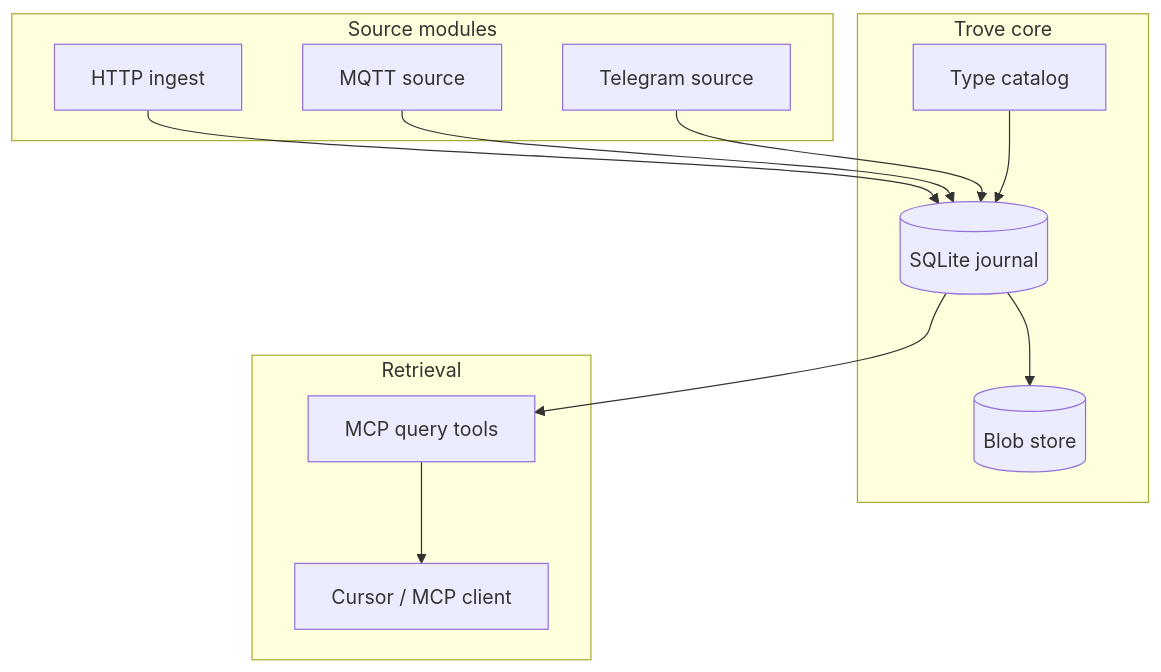
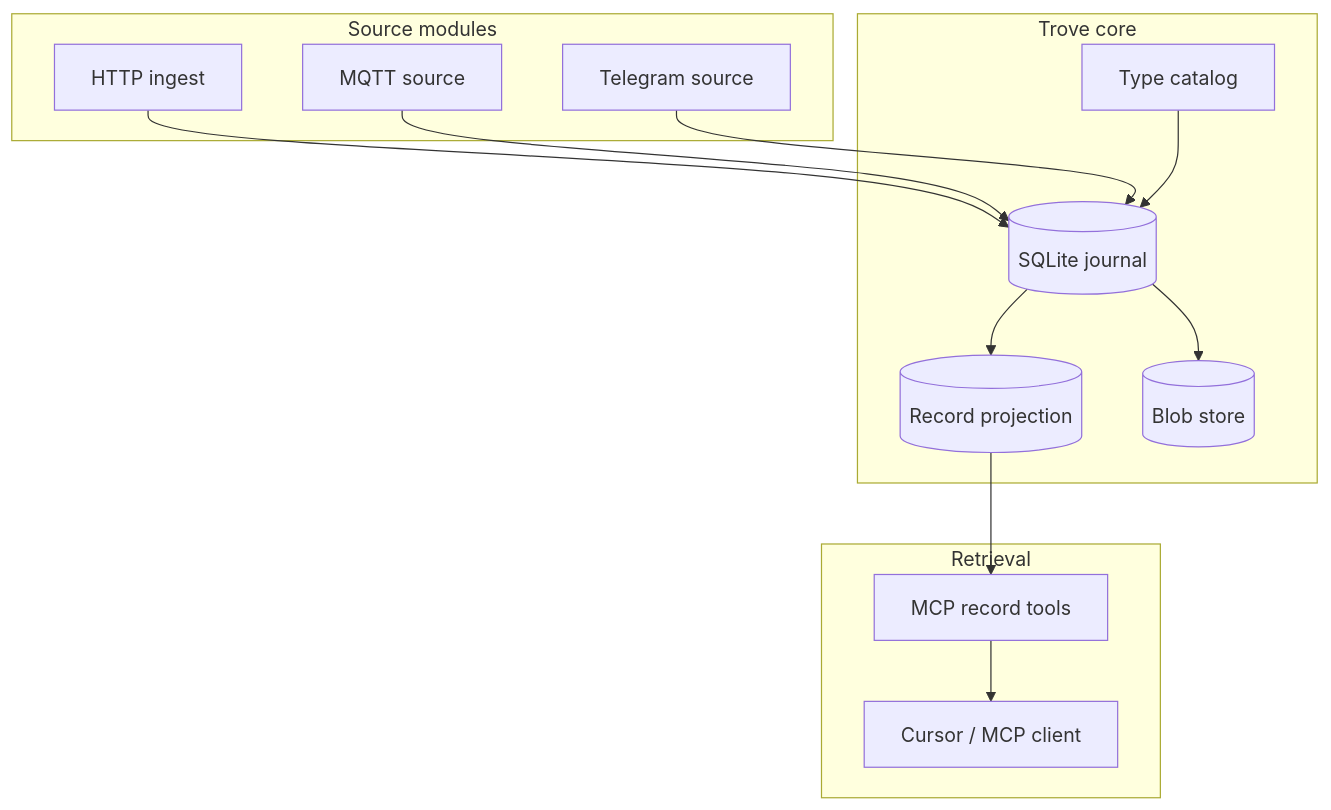
The diagram in docs/concepts.md (joshmcarthur/trove-project), drawn with Mermaid before and after one commit. The commit also changed other lines of this file and 18 other files, not shown here.

````diff
--- a/docs/concepts.md
+++ b/docs/concepts.md
@@ -66,27 +73,29 @@
 ```mermaid
 flowchart TB
   subgraph sources [Source modules]
     httpIngest[HTTP ingest]
     mqtt[MQTT source]
     telegram[Telegram source]
   end
 
   subgraph core [Trove core]
     journal[(SQLite journal)]
+    records[(Record projection)]
     blobs[(Blob store)]
     catalog[Type catalog]
   end
 
   subgraph query [Retrieval]
-    mcp[MCP query tools]
+    mcp[MCP record tools]
     client[Cursor / MCP client]
   end
 
   httpIngest --> journal
   mqtt --> journal
   telegram --> journal
+  journal --> records
   journal --> blobs
   catalog --> journal
-  journal --> mcp
+  records --> mcp
   mcp --> client
 ```
````
